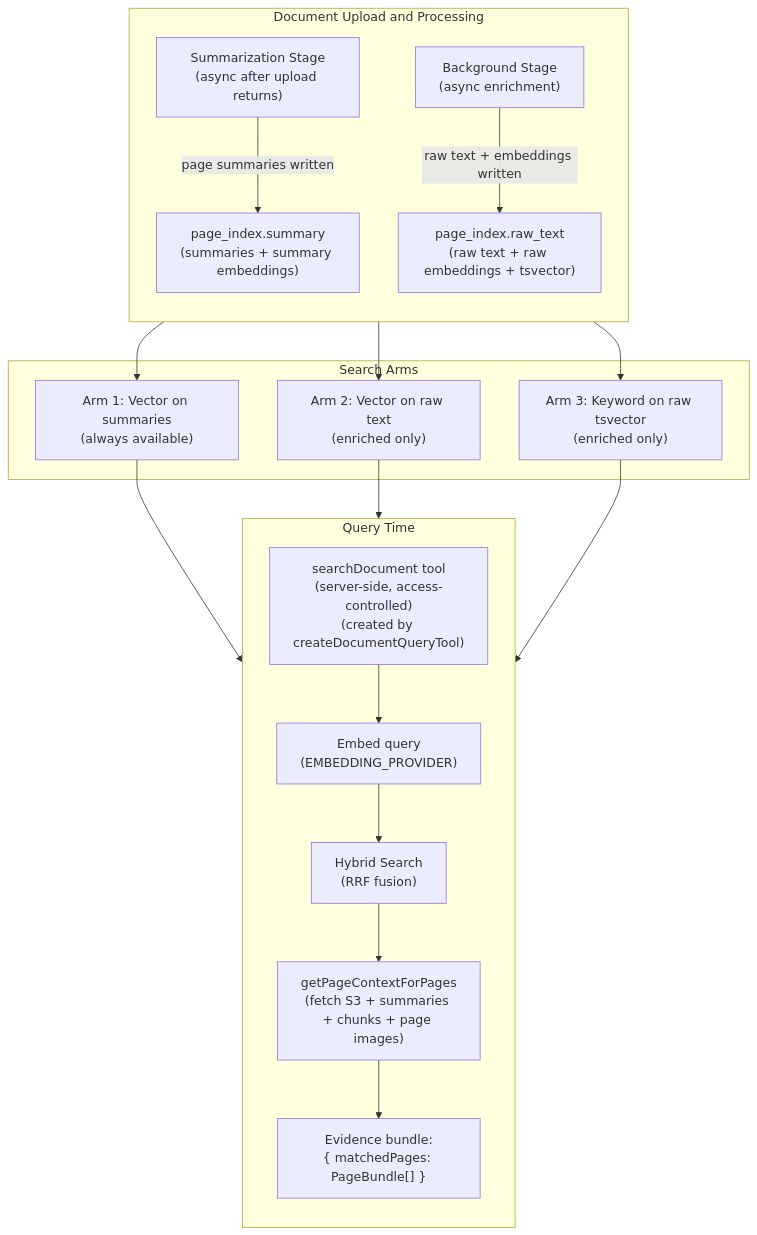
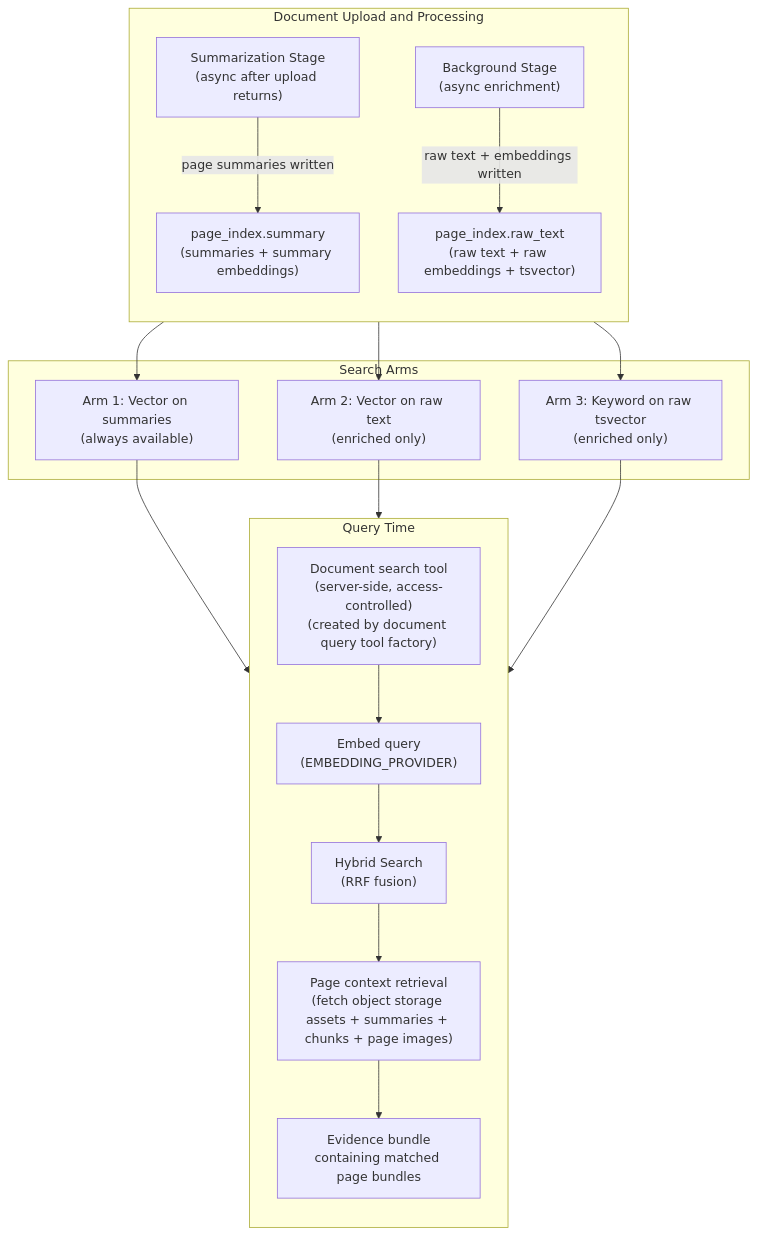
Before and after one commit to 1qh/safeagent: the first of 29 diagrams in plan/09-retrieval.md, drawn with Mermaid. The commit also changed other lines of this file and 18 other files, not shown here.

````diff
--- a/plan/09-retrieval.md
+++ b/plan/09-retrieval.md
@@ -38,31 +38,31 @@
 ```mermaid
 graph TB
     subgraph DOCUMENT_UPLOAD_PROCESSING["Document Upload and Processing"]
         direction TB
         SUMMARIZATION_STAGE["Summarization Stage\n(async after upload returns)"]
         BACKGROUND_STAGE["Background Stage\n(async enrichment)"]
         SUMMARIZATION_STAGE -->|"page summaries written"| PAGE_INDEX_SUMMARY["page_index.summary\n(summaries + summary embeddings)"]
         BACKGROUND_STAGE -->|"raw text + embeddings written"| PAGE_INDEX_RAW["page_index.raw_text\n(raw text + raw embeddings + tsvector)"]
     end
 
     subgraph QUERY_TIME["Query Time"]
         direction TB
-        SEARCH_TOOL["searchDocument tool\n(server-side, access-controlled)\n(created by createDocumentQueryTool)"]
+        SEARCH_TOOL["Document search tool\n(server-side, access-controlled)\n(created by document query tool factory)"]
         QUERY_EMBED["Embed query\n(EMBEDDING_PROVIDER)"]
         HYBRID_RETRIEVAL["Hybrid Search\n(RRF fusion)"]
-        CONTEXT_ASSEMBLY["getPageContextForPages\n(fetch S3 + summaries + chunks + page images)"]
-        EVIDENCE_BUNDLE["Evidence bundle:\n{ matchedPages: PageBundle[] }"]
+        CONTEXT_ASSEMBLY["Page context retrieval\n(fetch object storage assets + summaries + chunks + page images)"]
+        EVIDENCE_BUNDLE["Evidence bundle\ncontaining matched page bundles"]
         SEARCH_TOOL --> QUERY_EMBED --> HYBRID_RETRIEVAL --> CONTEXT_ASSEMBLY --> EVIDENCE_BUNDLE
     end
 
     subgraph SEARCH_ARMS["Search Arms"]
         SUMMARY_VECTOR_ARM["Arm 1: Vector on summaries\n(always available)"]
         RAW_VECTOR_ARM["Arm 2: Vector on raw text\n(enriched only)"]
         KEYWORD_ARM["Arm 3: Keyword on raw tsvector\n(enriched only)"]
     end
 
     PAGE_INDEX_SUMMARY --> SUMMARY_VECTOR_ARM
     PAGE_INDEX_RAW --> RAW_VECTOR_ARM
     PAGE_INDEX_RAW --> KEYWORD_ARM
     SUMMARY_VECTOR_ARM & RAW_VECTOR_ARM & KEYWORD_ARM --> HYBRID_RETRIEVAL
 ```
````
